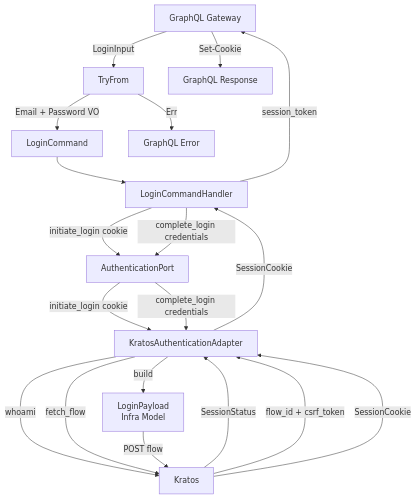
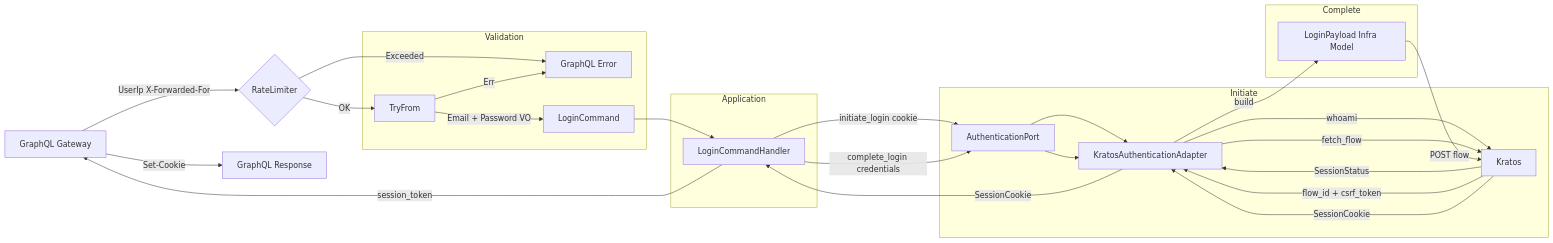
Before and after one commit to justventure/engineer-challenge: the first of 3 diagrams in README.md, drawn with Mermaid. The commit also changed other lines of this file and 2 other files, not shown here.

Commit message:
chore: readme update

````diff
--- a/README.md
+++ b/README.md
@@ -53,22 +54,37 @@
 ```mermaid
-flowchart TD
+flowchart LR
     GQL[GraphQL Gateway]
-    GQL -->|LoginInput| TryFrom[TryFrom]
-    TryFrom -->|Email + Password VO| LoginCommand
-    TryFrom -->|Err| GQLError[GraphQL Error]
-    LoginCommand --> LoginCommandHandler
-    LoginCommandHandler -->|initiate_login cookie| AuthenticationPort
-    AuthenticationPort -->|initiate_login cookie| KratosAuthenticationAdapter
-    KratosAuthenticationAdapter -->|whoami| Kratos
-    Kratos -->|SessionStatus| KratosAuthenticationAdapter
-    KratosAuthenticationAdapter -->|fetch_flow| Kratos
-    Kratos -->|flow_id + csrf_token| KratosAuthenticationAdapter
-    LoginCommandHandler -->|complete_login credentials| AuthenticationPort
-    AuthenticationPort -->|complete_login credentials| KratosAuthenticationAdapter
-    KratosAuthenticationAdapter -->|build| LoginPayload[LoginPayload\nInfra Model]
-    LoginPayload -->|POST flow| Kratos
-    Kratos -->|SessionCookie| KratosAuthenticationAdapter
+    GQL -->|UserIp X-Forwarded-For| RateLimit{RateLimiter}
+    RateLimit -->|Exceeded| GQLError[GraphQL Error]
+    RateLimit -->|OK| TryFrom
+
+    subgraph Validation
+        TryFrom -->|Email + Password VO| LoginCommand
+        TryFrom -->|Err| GQLError
+    end
+
+    subgraph Application
+        LoginCommand --> LoginCommandHandler
+    end
+
+    subgraph Initiate
+        LoginCommandHandler -->|initiate_login cookie| AuthenticationPort
+        AuthenticationPort --> KratosAuthenticationAdapter
+        KratosAuthenticationAdapter -->|whoami| Kratos
+        Kratos -->|SessionStatus| KratosAuthenticationAdapter
+        KratosAuthenticationAdapter -->|fetch_flow| Kratos
+        Kratos -->|flow_id + csrf_token| KratosAuthenticationAdapter
+    end
+
+    subgraph Complete
+        LoginCommandHandler -->|complete_login credentials| AuthenticationPort
+        AuthenticationPort --> KratosAuthenticationAdapter
+        KratosAuthenticationAdapter -->|build| LoginPayload[LoginPayload Infra Model]
+        LoginPayload -->|POST flow| Kratos
+        Kratos -->|SessionCookie| KratosAuthenticationAdapter
+    end
+
     KratosAuthenticationAdapter -->|SessionCookie| LoginCommandHandler
     LoginCommandHandler -->|session_token| GQL
     GQL -->|Set-Cookie| GQLResponse[GraphQL Response]
 ```
````
